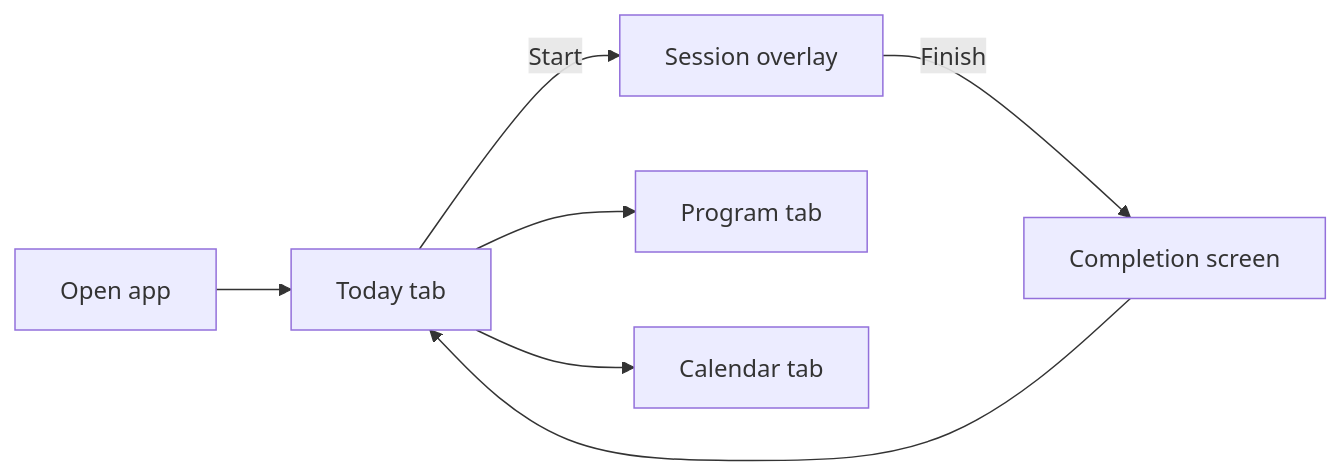
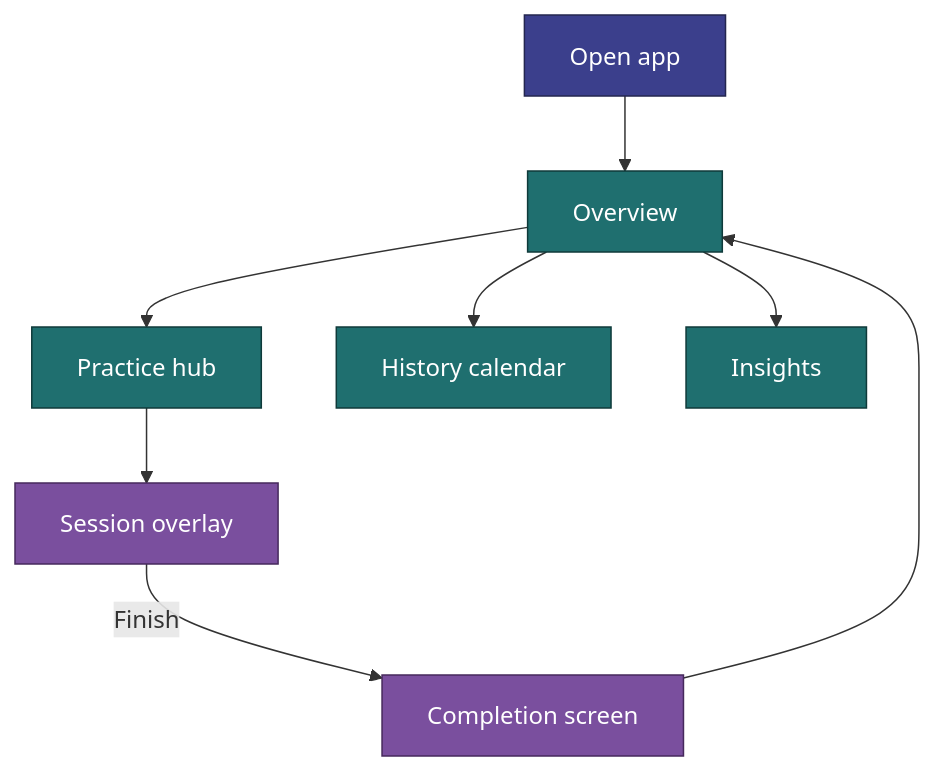
The first of 3 diagrams in docs/implementation/behavior.md (jermbo/CosmicWorkOut), drawn with Mermaid before and after one commit. The commit also changed other lines of this file and 132 other files, not shown here.

````diff
--- a/docs/implementation/behavior.md
+++ b/docs/implementation/behavior.md
@@ -11,9 +16,17 @@
 ```mermaid
-flowchart LR
-    Boot[Open app] --> Today[Today tab]
-    Today -->|Start| Session[Session overlay]
+flowchart TB
+    Boot[Open app] --> Overview[Overview]
+    Overview --> Practice[Practice hub]
+    Practice --> Session[Session overlay]
     Session -->|Finish| Done[Completion screen]
-    Done --> Today
-    Today --> Program[Program tab]
-    Today --> Calendar[Calendar tab]
+    Done --> Overview
+    Overview --> History[History calendar]
+    Overview --> Insights[Insights]
+
+    classDef entry fill:#3b3f8c,stroke:#23264f,color:#ffffff;
+    classDef screen fill:#1f6f6f,stroke:#0f3a3a,color:#ffffff;
+    classDef session fill:#7a4f9e,stroke:#46295c,color:#ffffff;
+    class Boot entry;
+    class Overview,Practice,History,Insights screen;
+    class Session,Done session;
 ```
````
